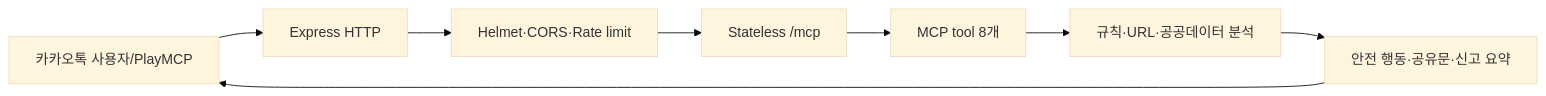
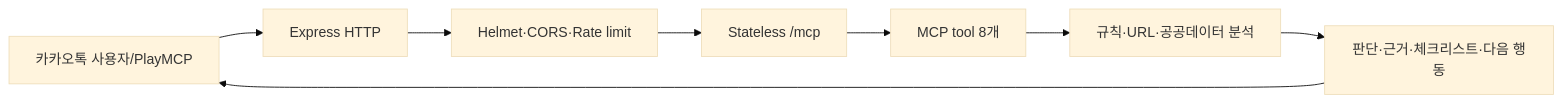
Before and after one commit to jiwon-5570/talk-safeguard-mcp: the first of 2 diagrams in ARCHITECTURE.md, drawn with Mermaid (base theme). The commit also changed other lines of this file and 21 other files, not shown here.

````diff
--- a/ARCHITECTURE.md
+++ b/ARCHITECTURE.md
@@ -5,10 +5,10 @@
 ```mermaid
 flowchart LR
   U[카카오톡 사용자/PlayMCP] --> H[Express HTTP]
   H --> S[Helmet·CORS·Rate limit]
   S --> M[Stateless /mcp]
   M --> R[MCP tool 8개]
   R --> E[규칙·URL·공공데이터 분석]
-  E --> A[안전 행동·공유문·신고 요약]
+  E --> A[판단·근거·체크리스트·다음 행동]
   A --> U
 ```
````
